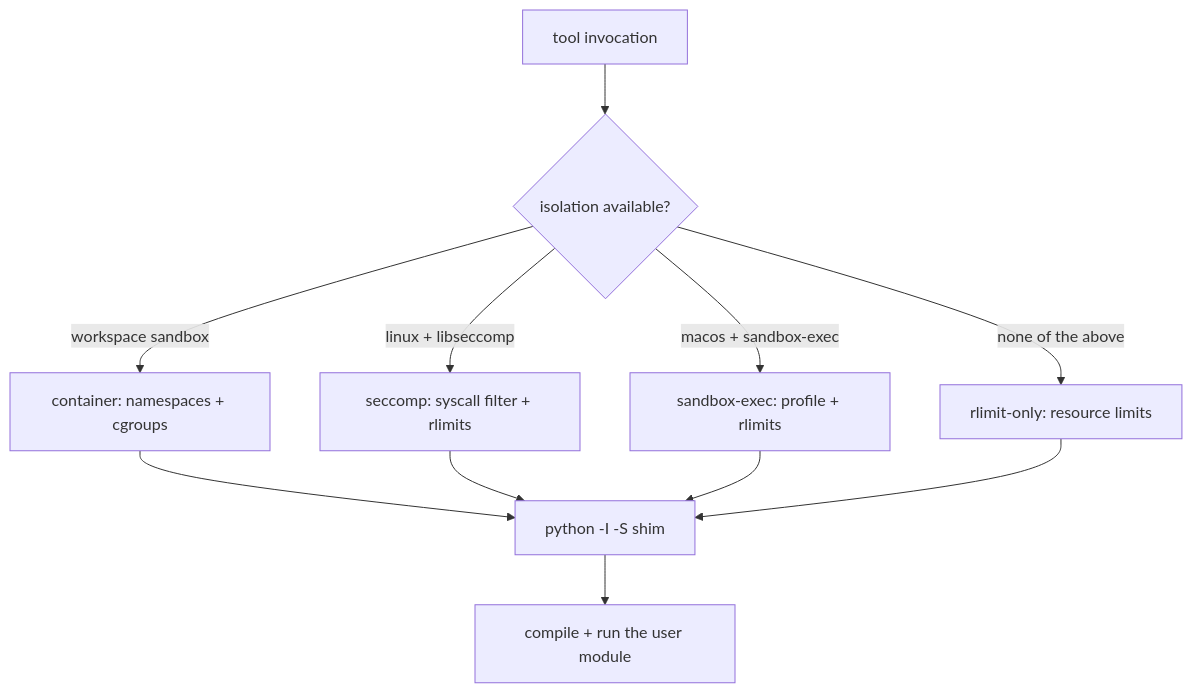
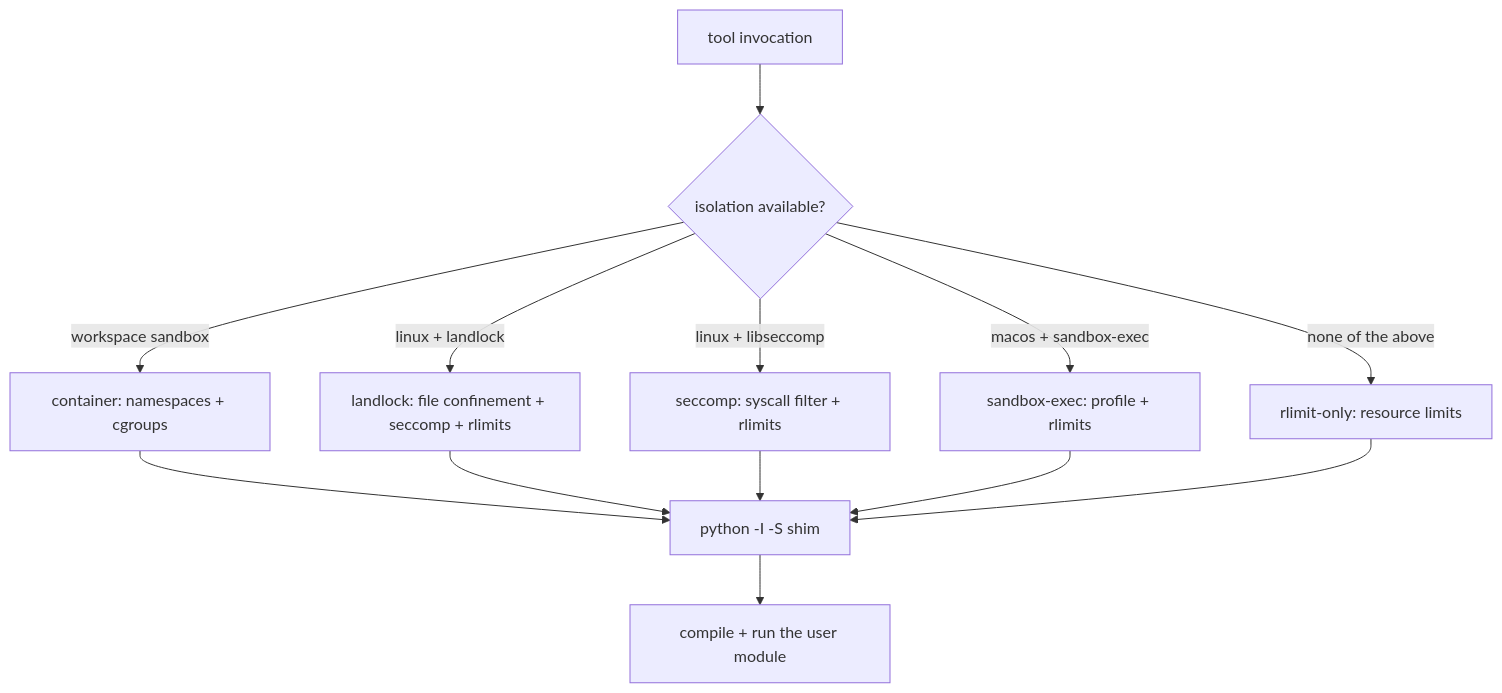
One commit to primerhq/primer changed the diagram in docs/dev/architecture/python-tool-isolation.md. Above: the diagram before and after it, drawn with Mermaid. The commit also changed other lines of this file and 14 other files, not shown here.

````diff
--- a/docs/dev/architecture/python-tool-isolation.md
+++ b/docs/dev/architecture/python-tool-isolation.md
@@ -24,13 +25,15 @@
 ```mermaid
 graph TD
     Start["tool invocation"] --> Detect{"isolation available?"}
     Detect -->|"workspace sandbox"| Container["container: namespaces + cgroups"]
+    Detect -->|"linux + landlock"| Landlock["landlock: file confinement + seccomp + rlimits"]
     Detect -->|"linux + libseccomp"| Seccomp["seccomp: syscall filter + rlimits"]
     Detect -->|"macos + sandbox-exec"| MacOS["sandbox-exec: profile + rlimits"]
     Detect -->|"none of the above"| Rlimit["rlimit-only: resource limits"]
     Container --> Shim["python -I -S shim"]
+    Landlock --> Shim
     Seccomp --> Shim
     MacOS --> Shim
     Rlimit --> Shim
     Shim --> Run["compile + run the user module"]
 ```
````
